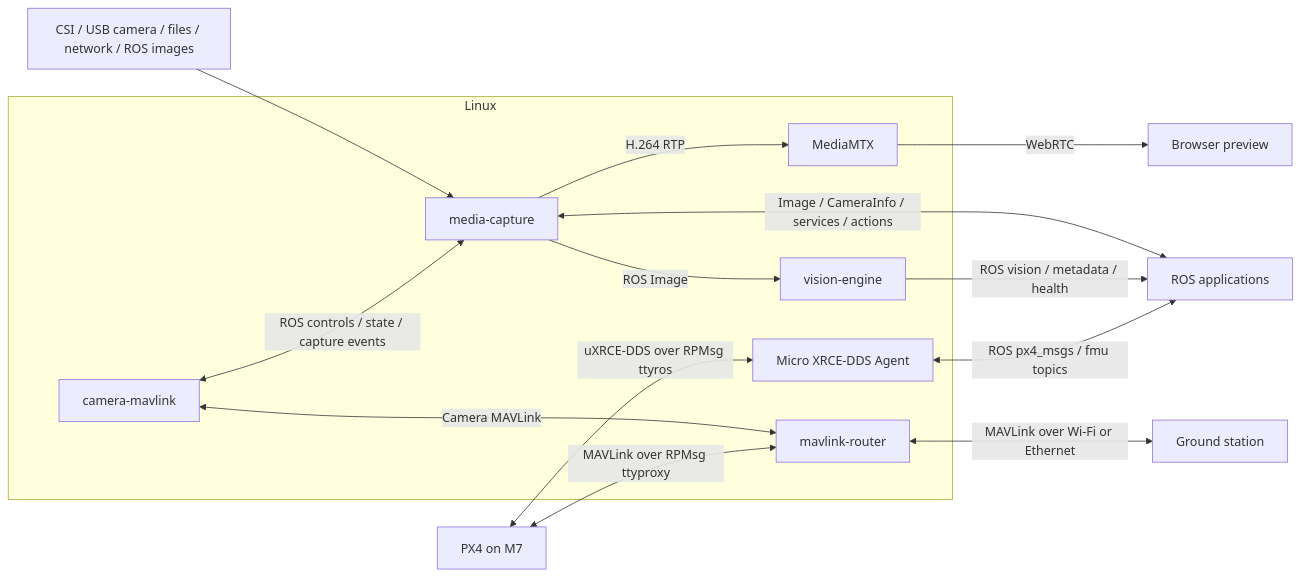
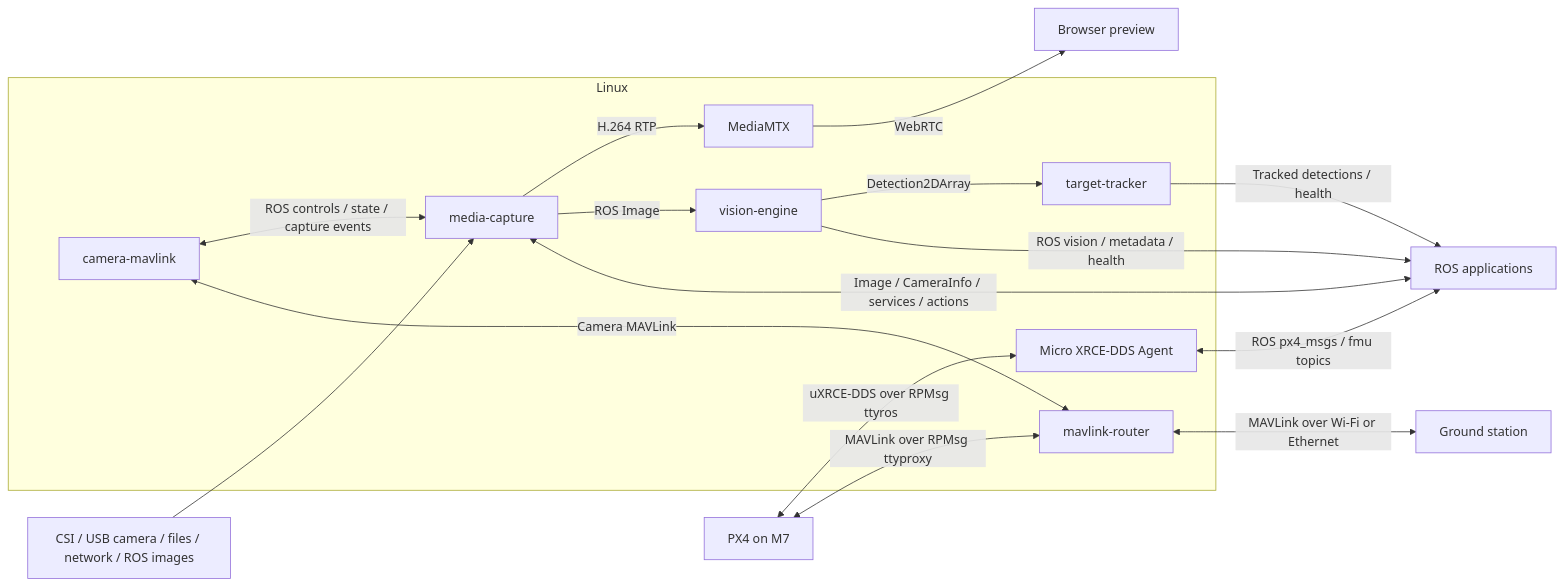
Before and after one commit to Swamy-BV/meta-raven: the diagram in README.md, drawn with Mermaid. The commit also changed 14 other files, not shown here.

````diff
--- a/README.md
+++ b/README.md
@@ -45,23 +45,26 @@
 ```mermaid
 flowchart LR
     source[CSI / USB camera / files / network / ROS images] --> media
     subgraph linux[Linux]
         media[media-capture]
         camera[camera-mavlink]
         video[MediaMTX]
         vision[vision-engine]
+        tracker[target-tracker]
         agent[Micro XRCE-DDS Agent]
         router[mavlink-router]
         camera <-->|ROS controls / state / capture events| media
         camera <-->|Camera MAVLink| router
         media -->|H.264 RTP| video
         media -->|ROS Image| vision
+        vision -->|Detection2DArray| tracker
     end
     video -->|WebRTC| browser[Browser preview]
     media <-->|Image / CameraInfo / services / actions| ros[ROS applications]
     vision -->|ROS vision / metadata / health| ros
+    tracker -->|Tracked detections / health| ros
     px4[PX4 on M7] <-->|uXRCE-DDS over RPMsg ttyros| agent
     agent <-->|ROS px4_msgs / fmu topics| ros
     px4 <-->|MAVLink over RPMsg ttyproxy| router
     router <-->|MAVLink over Wi-Fi or Ethernet| gcs[Ground station]
 ```
````
